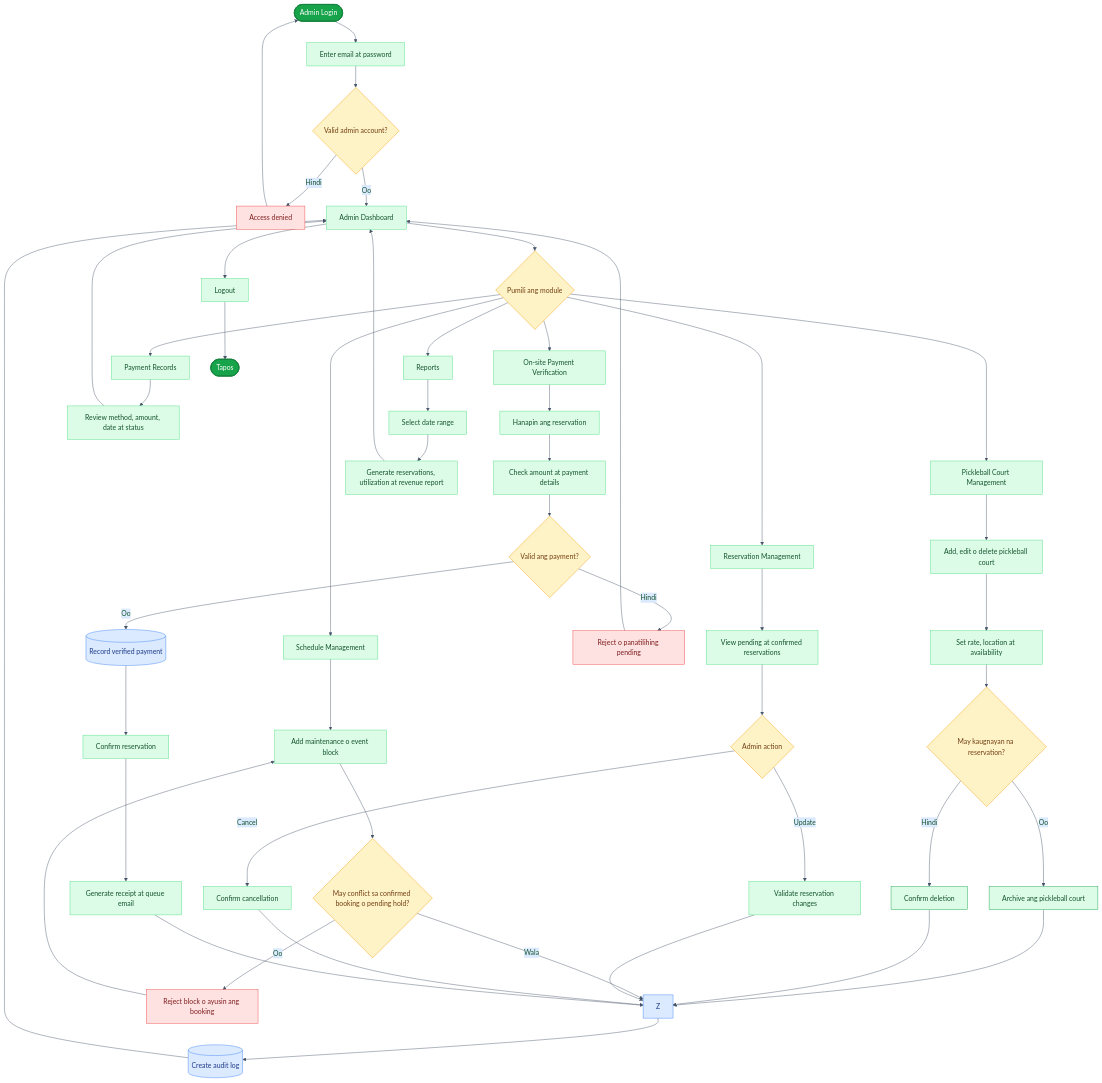
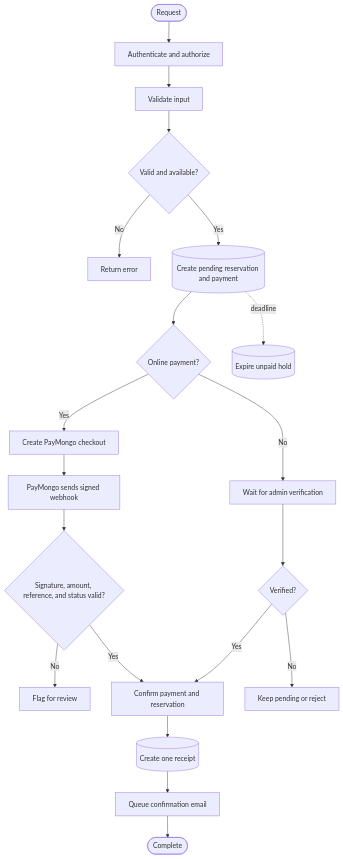
The third of 3 diagrams in docs/planning/SYSTEM_FLOWCHARTS.md (Ruzz-1010/Private-Sports-Court-Reservation-System), drawn with Mermaid before and after one commit. The commit also changed other lines of this file, not shown here.

Commit message:
Simplify presentation flowcharts

````diff
--- a/docs/planning/SYSTEM_FLOWCHARTS.md
+++ b/docs/planning/SYSTEM_FLOWCHARTS.md
@@ -84,73 +55,22 @@
 ```mermaid
-%%{init: {"theme":"base","themeVariables":{"background":"#F0FDF4","primaryColor":"#DCFCE7","primaryTextColor":"#14532D","primaryBorderColor":"#16A34A","lineColor":"#475569","secondaryColor":"#DBEAFE","tertiaryColor":"#FEF3C7","fontFamily":"Arial"}}}%%
 flowchart TD
-    A([Admin Login]) --> B[Enter email at password]
-    B --> C{Valid admin account?}
-
-    C -- Hindi --> D[Access denied]
-    D --> A
-
-    C -- Oo --> E[Admin Dashboard]
-    E --> F{Pumili ang module}
-
-    F --> G[Pickleball Court Management]
-    G --> G1[Add, edit o delete pickleball court]
-    G1 --> G2[Set rate, location at availability]
-    G2 --> G5{May kaugnayan na reservation?}
-    G5 -- Oo --> G6[Archive ang pickleball court]
-    G5 -- Hindi --> G7[Confirm deletion]
-    G6 --> Z
-    G7 --> Z
-
-    F --> H[Schedule Management]
-    H --> H1[Add maintenance o event block]
-    H1 --> H2{May conflict sa confirmed booking o pending hold?}
-    H2 -- Oo --> H3[Reject block o ayusin ang booking]
-    H3 --> H1
-    H2 -- Wala --> Z
-
-    F --> I[Reservation Management]
-    I --> I1[View pending at confirmed reservations]
-    I1 --> I2{Admin action}
-    I2 -- Update --> I3[Validate reservation changes]
-    I2 -- Cancel --> I4[Confirm cancellation]
-    I3 --> Z
-    I4 --> Z
-
-    F --> J[On-site Payment Verification]
-    J --> J1[Hanapin ang reservation]
-    J1 --> J2[Check amount at payment details]
-    J2 --> J3{Valid ang payment?}
-    J3 -- Hindi --> J4[Reject o panatilihing pending]
-    J4 --> E
-    J3 -- Oo --> J5[(Record verified payment)]
-    J5 --> J6[Confirm reservation]
-    J6 --> J7[Generate receipt at queue email]
-    J7 --> Z
-
-    F --> K[Payment Records]
-    K --> K1[Review method, amount, date at status]
-    K1 --> E
-
-    F --> L[Reports]
-    L --> L1[Select date range]
-    L1 --> L2[Generate reservations, utilization at revenue report]
-    L2 --> E
-
-    Z --> M[(Create audit log)]
-    M --> E
-    E --> N[Logout]
-    N --> O([Tapos])
-
-    classDef startEnd fill:#16A34A,color:#FFFFFF,stroke:#15803D,stroke-width:2px;
-    classDef action fill:#DCFCE7,color:#14532D,stroke:#4ADE80;
-    classDef decision fill:#FEF3C7,color:#713F12,stroke:#F59E0B;
-    classDef warning fill:#FEE2E2,color:#7F1D1D,stroke:#EF4444;
-    classDef data fill:#DBEAFE,color:#1E3A8A,stroke:#3B82F6;
-
-    class A,O startEnd;
-    class B,E,G,G1,G2,H,H1,I,I1,I3,I4,J,J1,J2,J6,J7,K,K1,L,L1,L2,N action;
-    class C,F,G5,H2,I2,J3 decision;
-    class D,H3,J4 warning;
-    class Z,J5,M data;
+    A([Request]) --> B[Authenticate and authorize]
+    B --> C[Validate input]
+    C --> D{Valid and available?}
+    D -- No --> E[Return error]
+    D -- Yes --> F[(Create pending reservation and payment)]
+    F --> G{Online payment?}
+    G -- Yes --> H[Create PayMongo checkout]
+    H --> I[PayMongo sends signed webhook]
+    I --> J{Signature, amount, reference, and status valid?}
+    J -- No --> K[Flag for review]
+    J -- Yes --> L[Confirm payment and reservation]
+    G -- No --> M[Wait for admin verification]
+    M --> N{Verified?}
+    N -- No --> O[Keep pending or reject]
+    N -- Yes --> L
+    L --> P[(Create one receipt)]
+    P --> Q[Queue confirmation email]
+    Q --> R([Complete])
+    F -. deadline .-> S[(Expire unpaid hold)]
 ```
````
